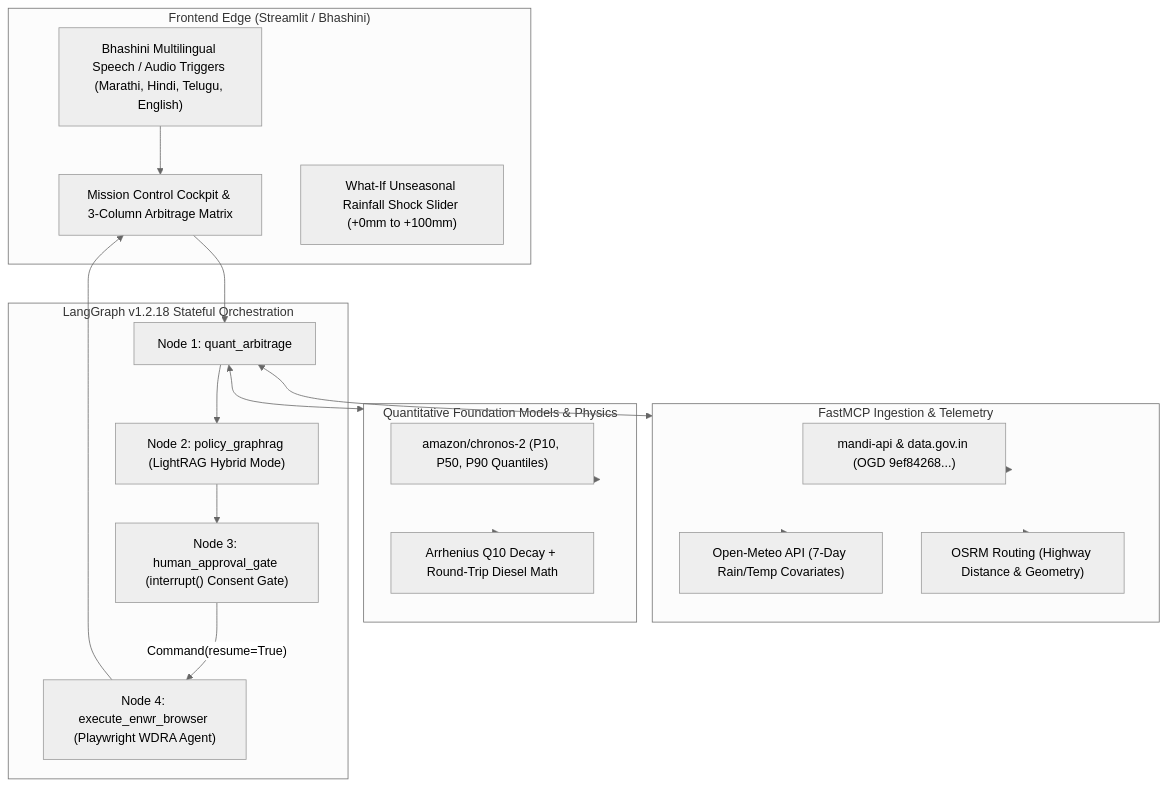
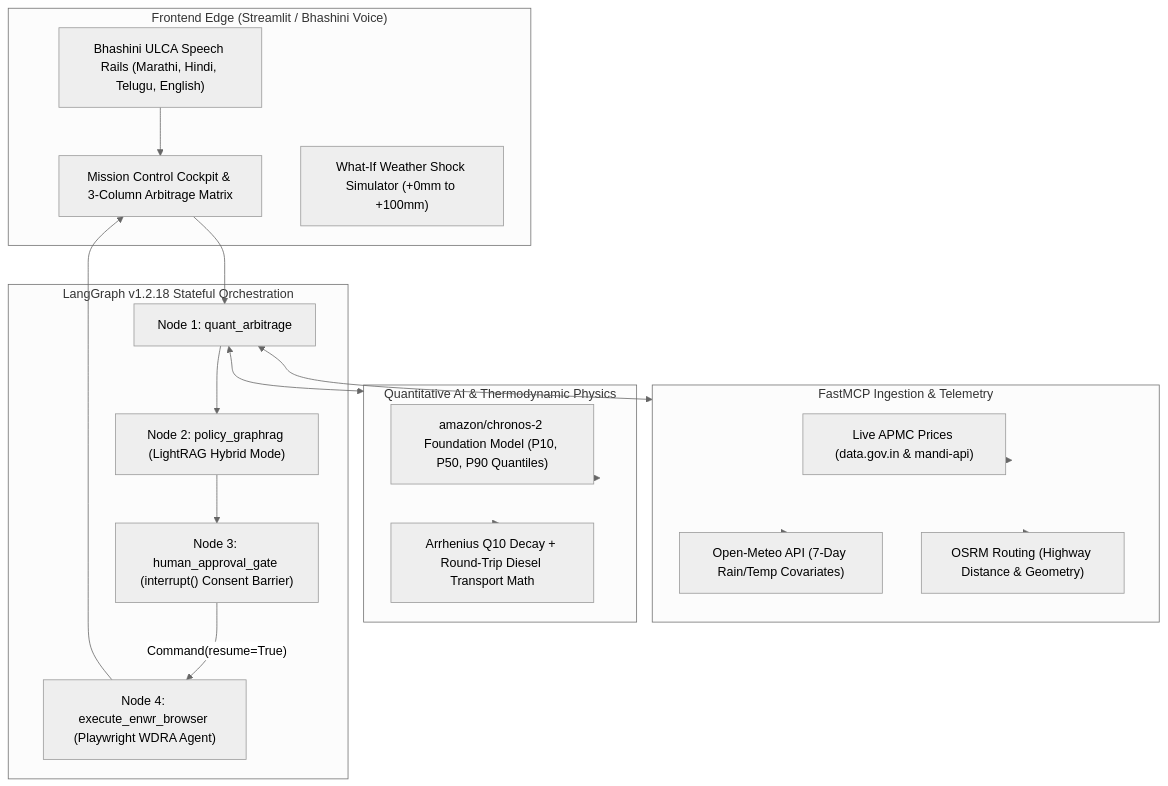
The diagram in README.md (0xabhilok/krishiartha-mcp), drawn with Mermaid (neutral theme) before and after one commit. The commit also changed other lines of this file and 10 other files, not shown here.

Commit message:
feat: convert repository into flagship personal engineering project with interview playbook and production architecture

````diff
--- a/README.md
+++ b/README.md
@@ -61,37 +46,37 @@
 ```mermaid
 flowchart TB
-    subgraph Client["Frontend Edge (Streamlit / Bhashini)"]
-        Voice["Bhashini Multilingual Speech / Audio Triggers (Marathi, Hindi, Telugu, English)"]
+    subgraph Client["Frontend Edge (Streamlit / Bhashini Voice)"]
+        Voice["Bhashini ULCA Speech Rails (Marathi, Hindi, Telugu, English)"]
         UI["Mission Control Cockpit & 3-Column Arbitrage Matrix"]
-        ShockSlider["What-If Unseasonal Rainfall Shock Slider (+0mm to +100mm)"]
+        ShockSlider["What-If Weather Shock Simulator (+0mm to +100mm)"]
     end
 
     subgraph FastMCP["FastMCP Ingestion & Telemetry"]
-        MandiAPI["mandi-api & data.gov.in (OGD 9ef84268...)"]
+        MandiAPI["Live APMC Prices (data.gov.in & mandi-api)"]
         WeatherAPI["Open-Meteo API (7-Day Rain/Temp Covariates)"]
         OSRMAPI["OSRM Routing (Highway Distance & Geometry)"]
     end
 
-    subgraph CoreEngine["Quantitative Foundation Models & Physics"]
-        Chronos["amazon/chronos-2 (P10, P50, P90 Quantiles)"]
-        Spoilage["Arrhenius Q10 Decay + Round-Trip Diesel Math"]
+    subgraph CoreEngine["Quantitative AI & Thermodynamic Physics"]
+        Chronos["amazon/chronos-2 Foundation Model (P10, P50, P90 Quantiles)"]
+        Spoilage["Arrhenius Q10 Decay + Round-Trip Diesel Transport Math"]
     end
 
     subgraph Governance["LangGraph v1.2.18 Stateful Orchestration"]
         Node1["Node 1: quant_arbitrage"]
         Node2["Node 2: policy_graphrag (LightRAG Hybrid Mode)"]
-        Gate["Node 3: human_approval_gate (interrupt() Consent Gate)"]
+        Gate["Node 3: human_approval_gate (interrupt() Consent Barrier)"]
         Node4["Node 4: execute_enwr_browser (Playwright WDRA Agent)"]
     end
 
     Voice --> UI
     UI --> Node1
     Node1 <--> FastMCP
     FastMCP --> MandiAPI & WeatherAPI & OSRMAPI
     Node1 <--> CoreEngine
     CoreEngine --> Chronos & Spoilage
     Node1 --> Node2
     Node2 --> Gate
     Gate -- "Command(resume=True)" --> Node4
     Node4 --> UI
 ```
````
